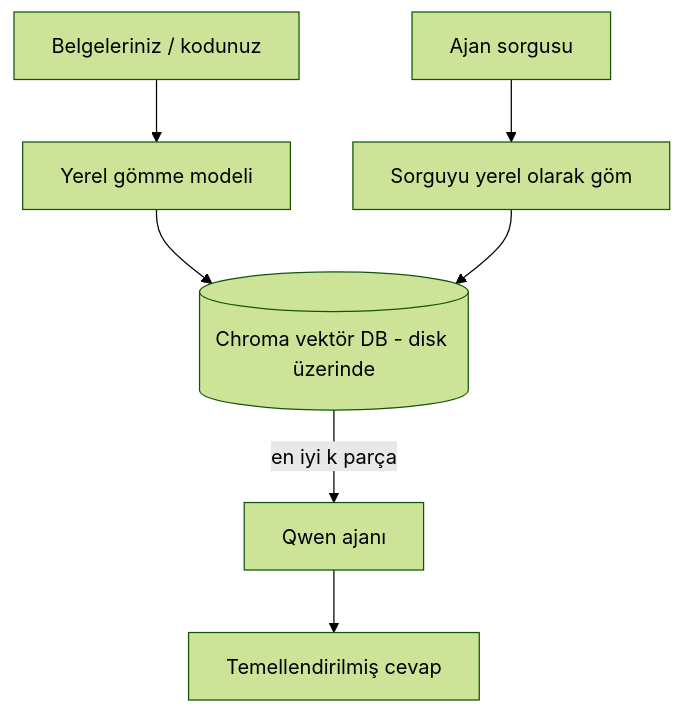
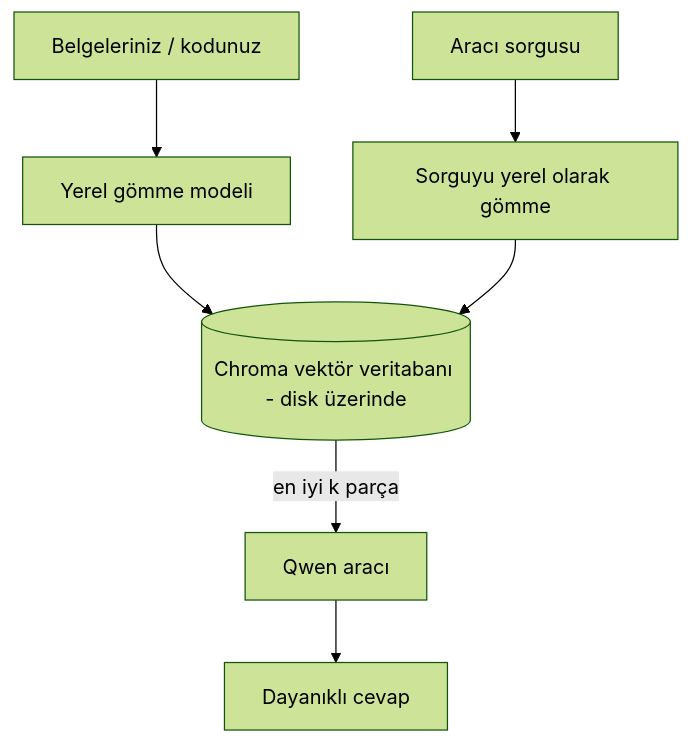
One commit to gabrielmoreira/agent-skills-mirror changed the third of 4 diagrams in mirrors/repos/microsoft@ai-agents-for-beginners/translations/tr/17-creating-local-ai-agents/README.md. Above: the diagram before and after it, drawn with Mermaid (forest theme). The commit also changed other lines of this file and 4262 other files, not shown here.

````diff
--- a/mirrors/repos/microsoft@ai-agents-for-beginners/translations/tr/17-creating-local-ai-agents/README.md
+++ b/mirrors/repos/microsoft@ai-agents-for-beginners/translations/tr/17-creating-local-ai-agents/README.md
@@ -125,9 +125,9 @@
 ```mermaid
 flowchart TB
     D[Belgeleriniz / kodunuz] --> E[Yerel gömme modeli]
-    E --> V[(Chroma vektör DB - disk üzerinde)]
-    Q[Ajan sorgusu] --> QE[Sorguyu yerel olarak göm]
+    E --> V[(Chroma vektör veritabanı - disk üzerinde)]
+    Q[Aracı sorgusu] --> QE[Sorguyu yerel olarak gömme]
     QE --> V
-    V -->|en iyi k parça| A[Qwen ajanı]
-    A --> Ans[Temellendirilmiş cevap]
+    V -->|en iyi k parça| A[Qwen aracı]
+    A --> Ans[Dayanıklı cevap]
 ```
````
